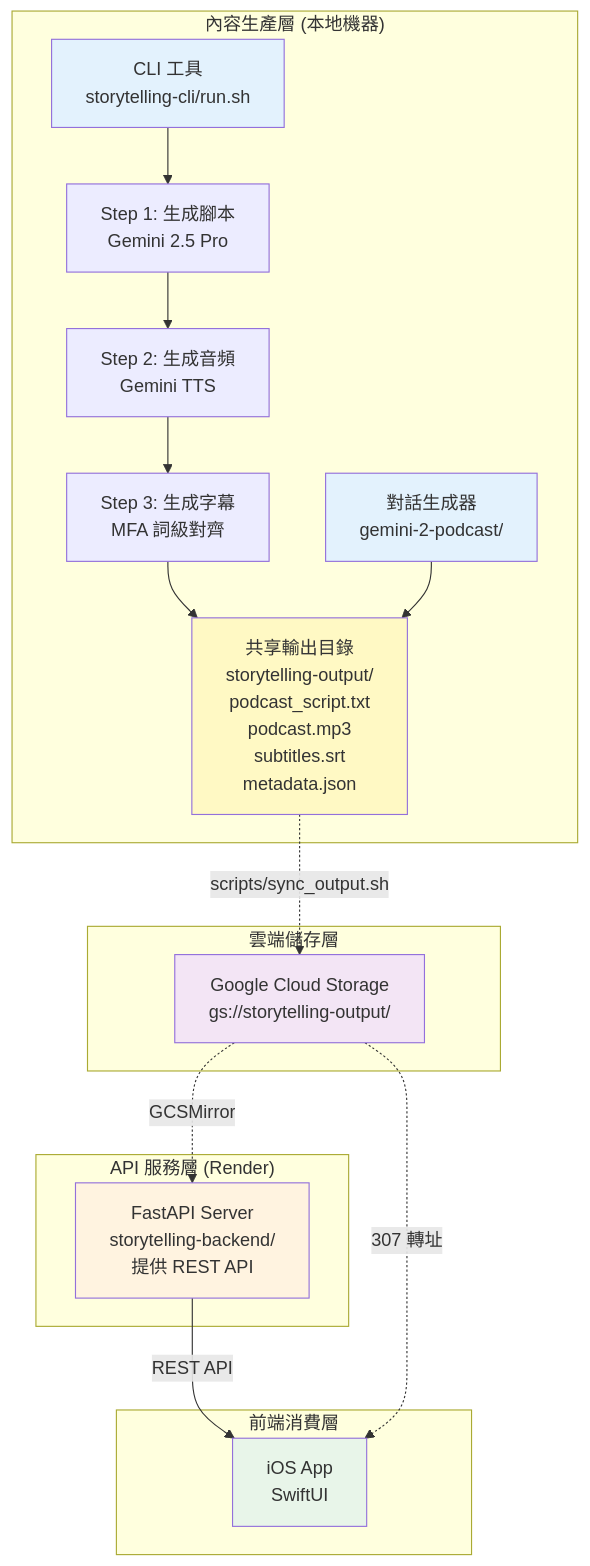
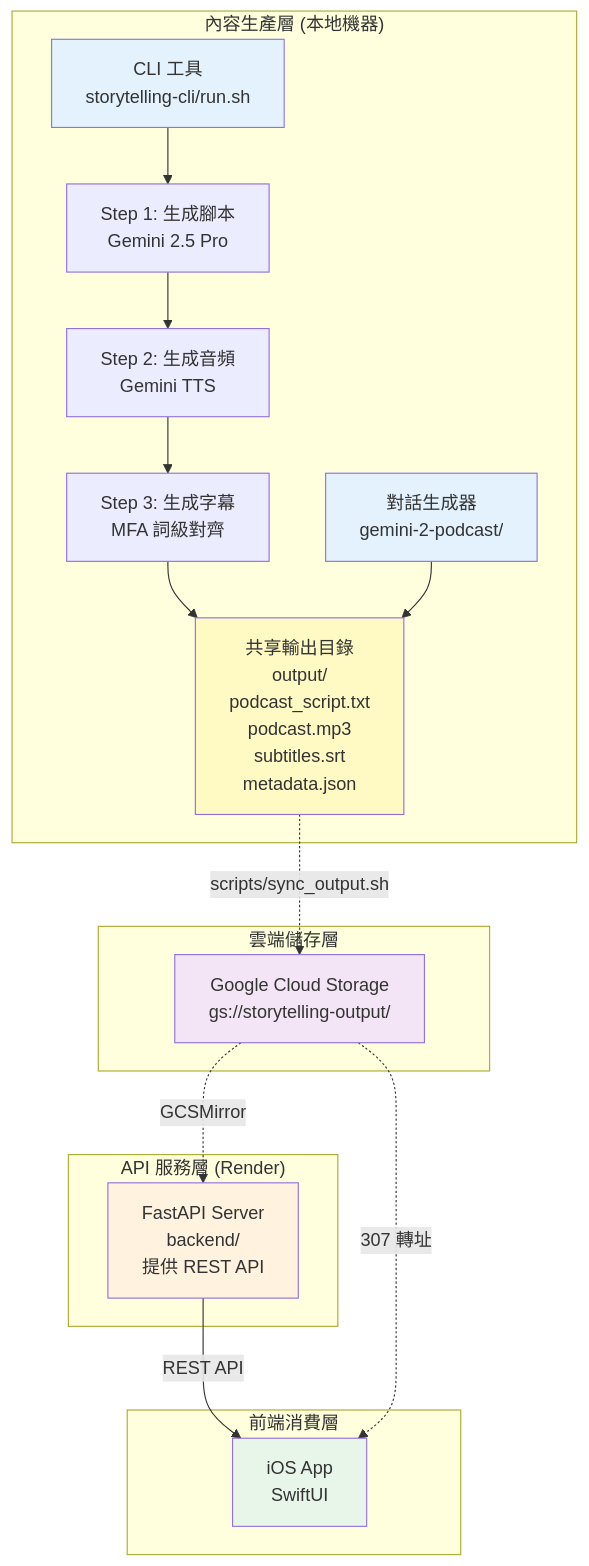
Before and after one commit to MaxChen228/podcast-workspace: the first of 2 diagrams in README.md, drawn with Mermaid. The commit also changed other lines of this file and 92 other files, not shown here.

````diff
--- a/README.md
+++ b/README.md
@@ -29,40 +29,40 @@
 ```mermaid
 graph TB
     subgraph "內容生產層 (本地機器)"
         A1[CLI 工具<br/>storytelling-cli/run.sh]
         A2[對話生成器<br/>gemini-2-podcast/]
 
         A1_1[Step 1: 生成腳本<br/>Gemini 2.5 Pro]
         A1_2[Step 2: 生成音頻<br/>Gemini TTS]
         A1_3[Step 3: 生成字幕<br/>MFA 詞級對齊]
 
         A1 --> A1_1 --> A1_2 --> A1_3
-        OUTPUT[共享輸出目錄<br/>storytelling-output/<br/>podcast_script.txt<br/>podcast.mp3<br/>subtitles.srt<br/>metadata.json]
+        OUTPUT[共享輸出目錄<br/>output/<br/>podcast_script.txt<br/>podcast.mp3<br/>subtitles.srt<br/>metadata.json]
         A1_3 --> OUTPUT
         A2 --> OUTPUT
     end
 
     subgraph "雲端儲存層"
         GCS[Google Cloud Storage<br/>gs://storytelling-output/]
     end
 
     subgraph "API 服務層 (Render)"
-        B[FastAPI Server<br/>storytelling-backend/<br/>提供 REST API]
+        B[FastAPI Server<br/>backend/<br/>提供 REST API]
     end
 
     subgraph "前端消費層"
         C[iOS App<br/>SwiftUI]
     end
 
     OUTPUT -.->|scripts/sync_output.sh| GCS
     GCS -.->|GCSMirror| B
     B -->|REST API| C
     GCS -.->|307 轉址| C
 
     style A1 fill:#e3f2fd
     style A2 fill:#e3f2fd
     style OUTPUT fill:#fff9c4
     style GCS fill:#f3e5f5
     style B fill:#fff3e0
     style C fill:#e8f5e9
 ```
````
